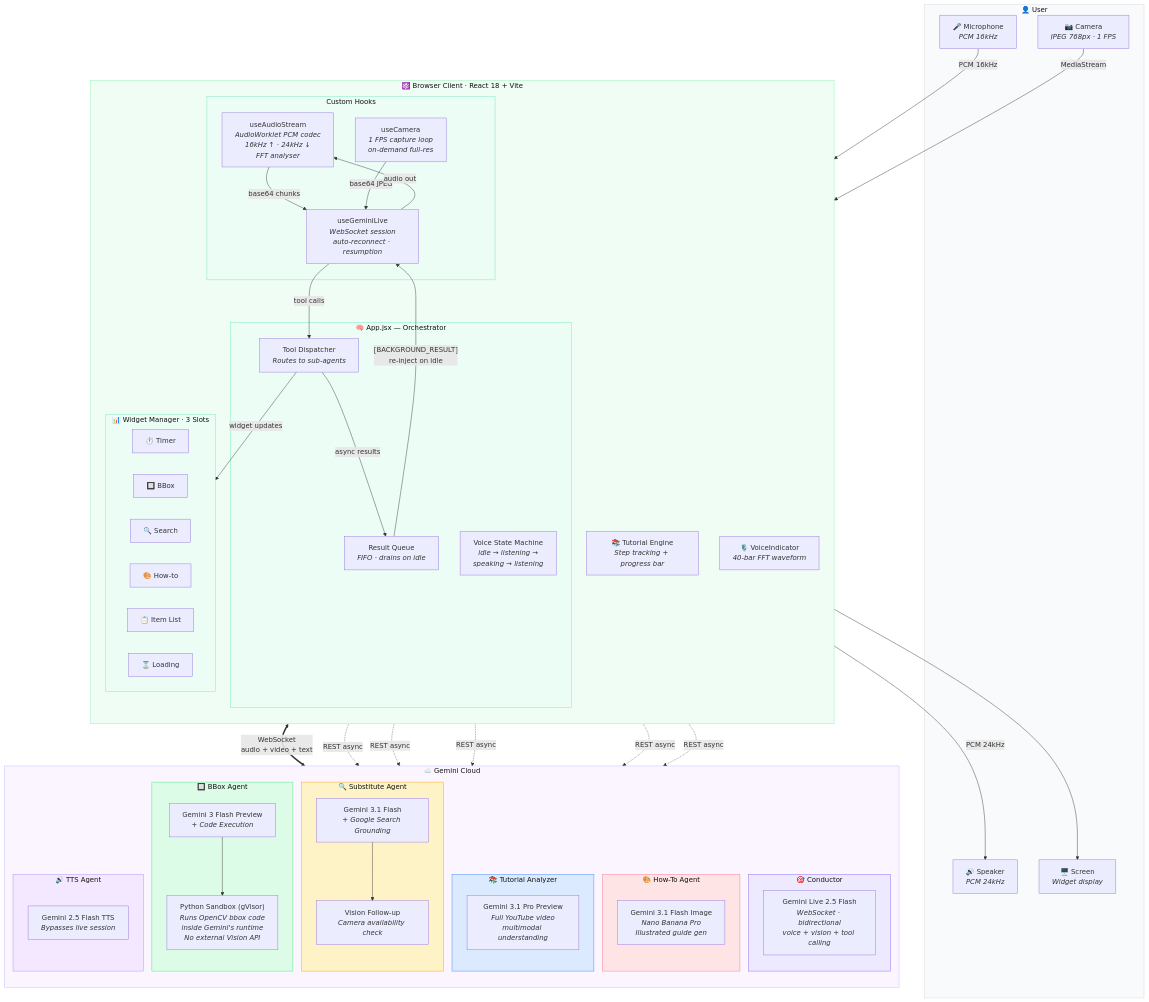
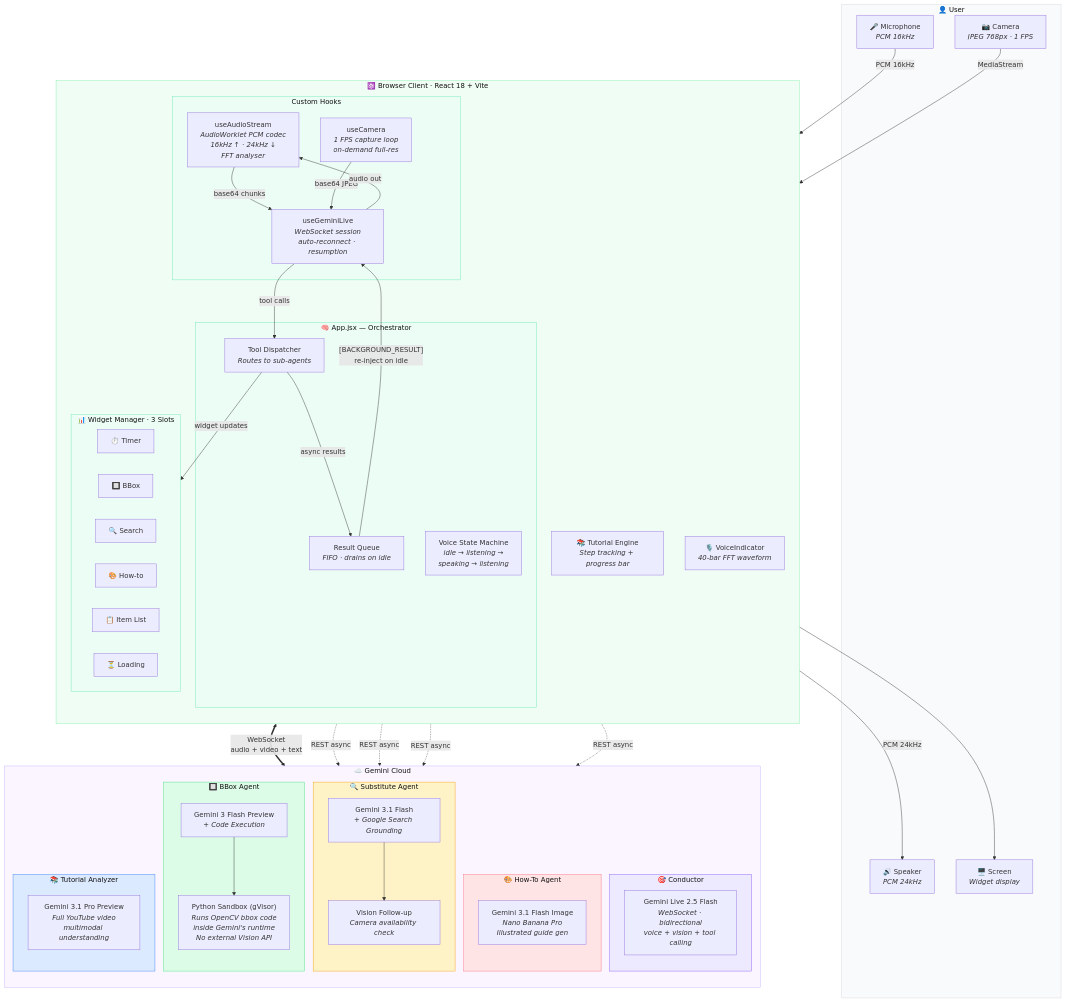
Before and after one commit to juliobellano/Sigma: the first of 6 diagrams in README.md, drawn with Mermaid. The commit also changed other lines of this file, not shown here.

Commit message:
Update README to remove TTS Agent and modify timer tool
Removed TTS Agent section from the README and updated the timer tool description.

```diff
--- a/README.md
+++ b/README.md
@@ -134,9 +134,6 @@
             TUTORIAL_MODEL["Gemini 3.1 Pro Preview<br/><i>Full YouTube video<br/>multimodal understanding</i>"]
         end
 
-        subgraph TTS_AGENT["🔊 TTS Agent"]
-            TTS_MODEL["Gemini 2.5 Flash TTS<br/><i>Bypasses live session</i>"]
-        end
     end
 
     MIC -- "PCM 16kHz" --> AUDIO_HOOK
@@ -156,7 +153,6 @@
     DISPATCH -. "REST async" .-> BBOX_MODEL
     DISPATCH -. "REST async" .-> SUB_MODEL
     DISPATCH -. "REST async" .-> HOWTO_MODEL
-    DISPATCH -. "REST async" .-> TTS_MODEL
     DISPATCH -. "REST async" .-> TUTORIAL_MODEL
 
     style USER fill:#f9fafb,stroke:#d1d5db,color:#111
@@ -167,7 +163,6 @@
     style SUB_AGENT fill:#fef3c7,stroke:#f59e0b,color:#111
     style HOWTO_AGENT fill:#ffe4e6,stroke:#fb7185,color:#111
     style TUTORIAL_AGENT fill:#dbeafe,stroke:#3b82f6,color:#111
-    style TTS_AGENT fill:#f3e8ff,stroke:#a78bfa,color:#111
     style HOOKS fill:#ecfdf5,stroke:#6ee7b7,color:#111
     style ORCHESTRATOR fill:#ecfdf5,stroke:#6ee7b7,color:#111
     style WIDGETS fill:#ecfdf5,stroke:#6ee7b7,color:#111
```
